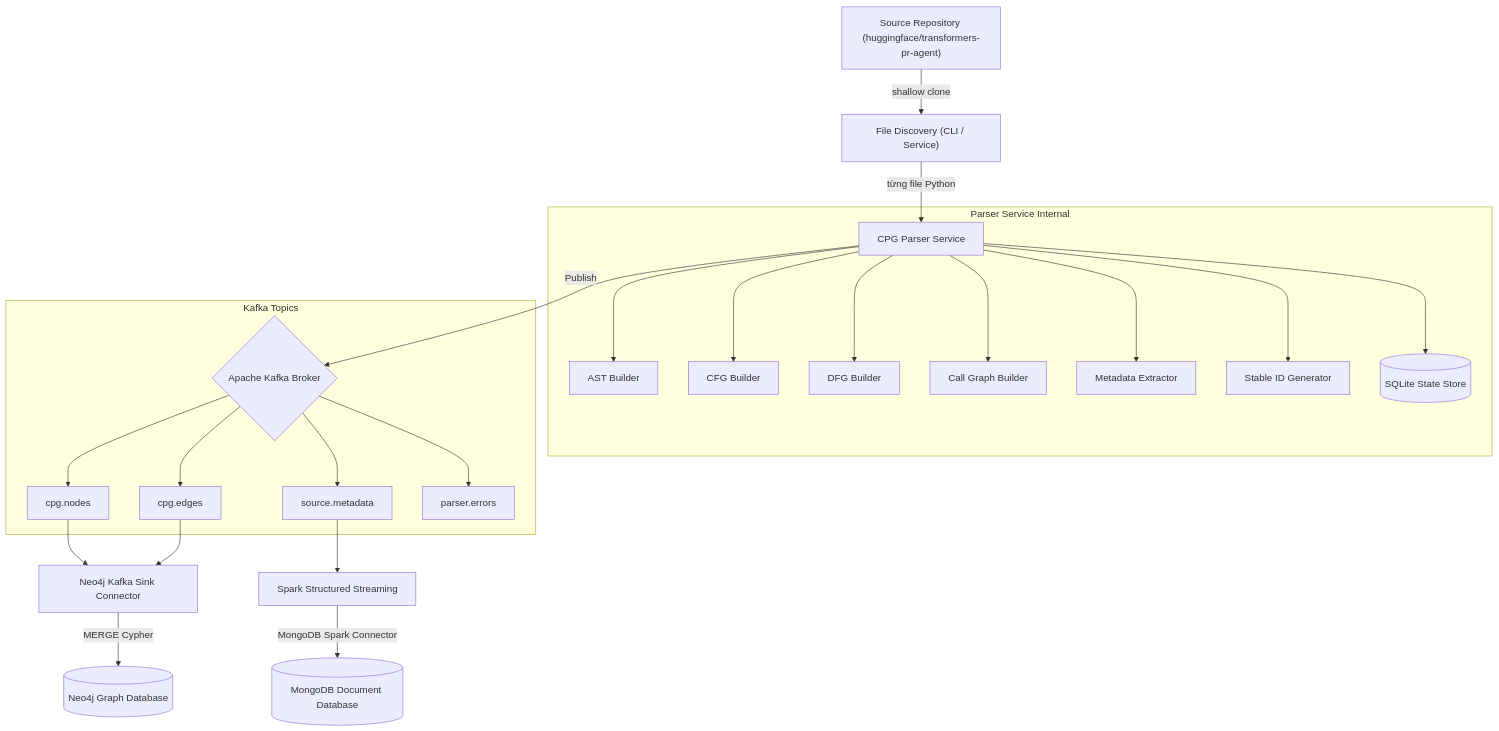
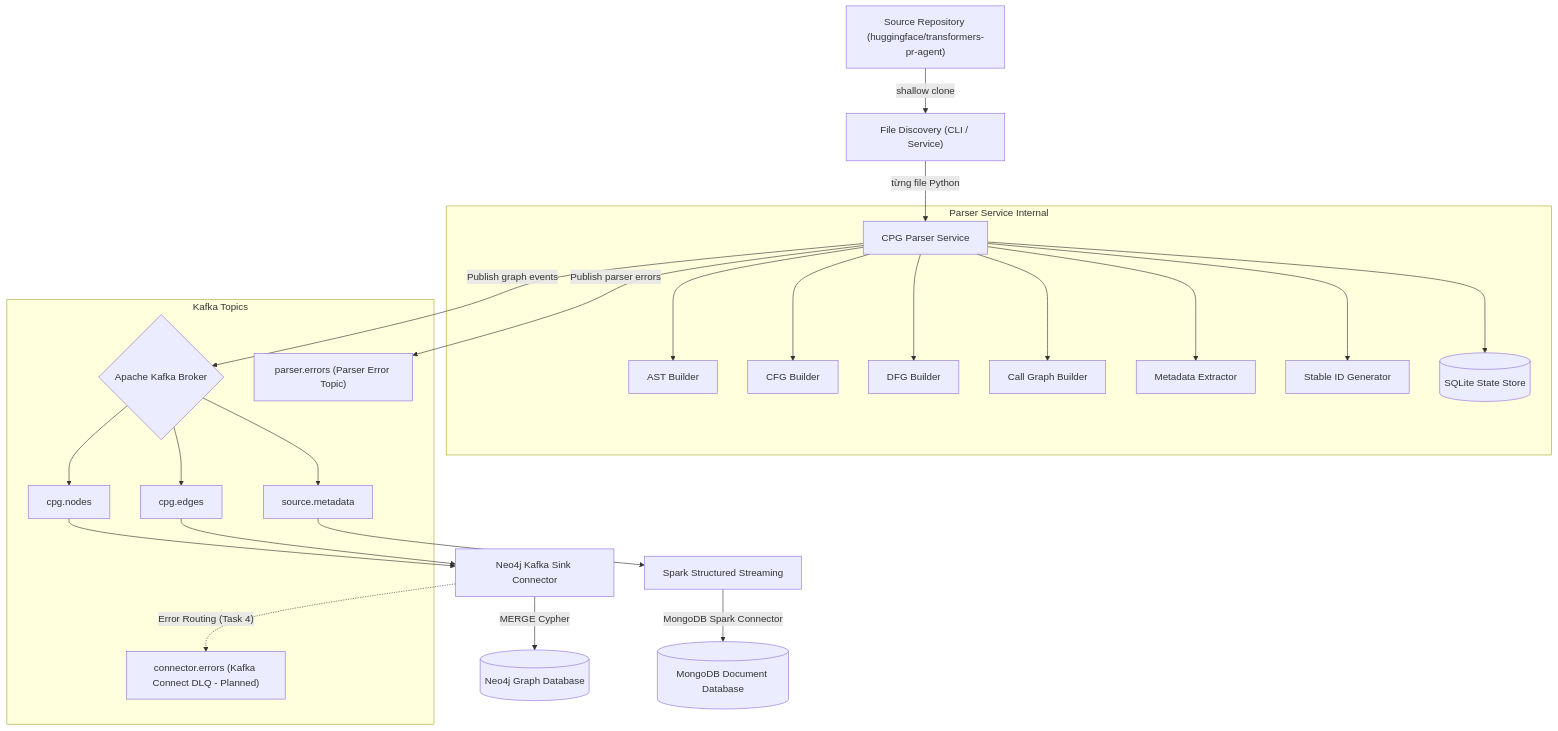
The first of 2 diagrams in docs/system_architecture.md (Hutaph/lab04-cpg-streaming), drawn with Mermaid before and after one commit. The commit also changed other lines of this file and 6 other files, not shown here.

Commit message:
fix(kafka): correct cross-topic ordering assumptions

````diff
--- a/docs/system_architecture.md
+++ b/docs/system_architecture.md
@@ -43,31 +43,34 @@
 ```mermaid
 graph TD
     SourceRepo["Source Repository (huggingface/transformers-pr-agent)"] -->|"shallow clone"| FileDiscovery["File Discovery (CLI / Service)"]
     FileDiscovery -->|"từng file Python"| CpgParser["CPG Parser Service"]
     
     subgraph Parser Service Internal
         CpgParser --> AST["AST Builder"]
         CpgParser --> CFG["CFG Builder"]
         CpgParser --> DFG["DFG Builder"]
         CpgParser --> Call["Call Graph Builder"]
         CpgParser --> Meta["Metadata Extractor"]
         CpgParser --> StableId["Stable ID Generator"]
         CpgParser --> StateStore[("SQLite State Store")]
     end
     
-    CpgParser -->|"Publish"| KafkaBroker{"Apache Kafka Broker"}
+    CpgParser -->|"Publish graph events"| KafkaBroker{"Apache Kafka Broker"}
+    CpgParser -->|"Publish parser errors"| TopicErrors["parser.errors (Parser Error Topic)"]
     
     subgraph Kafka Topics
         KafkaBroker --> TopicNodes["cpg.nodes"]
         KafkaBroker --> TopicEdges["cpg.edges"]
         KafkaBroker --> TopicMetadata["source.metadata"]
-        KafkaBroker --> TopicErrors["parser.errors"]
+        TopicErrors
+        TopicConnectorErrors["connector.errors (Kafka Connect DLQ - Planned)"]
     end
     
     TopicNodes --> Neo4jSink["Neo4j Kafka Sink Connector"]
     TopicEdges --> Neo4jSink
     Neo4jSink -->|"MERGE Cypher"| Neo4jDb[("Neo4j Graph Database")]
+    Neo4jSink -.->|"Error Routing (Task 4)"| TopicConnectorErrors
     
     TopicMetadata --> SparkStreaming["Spark Structured Streaming"]
     SparkStreaming -->|"MongoDB Spark Connector"| MongoDb[("MongoDB Document Database")]
 ```
````
